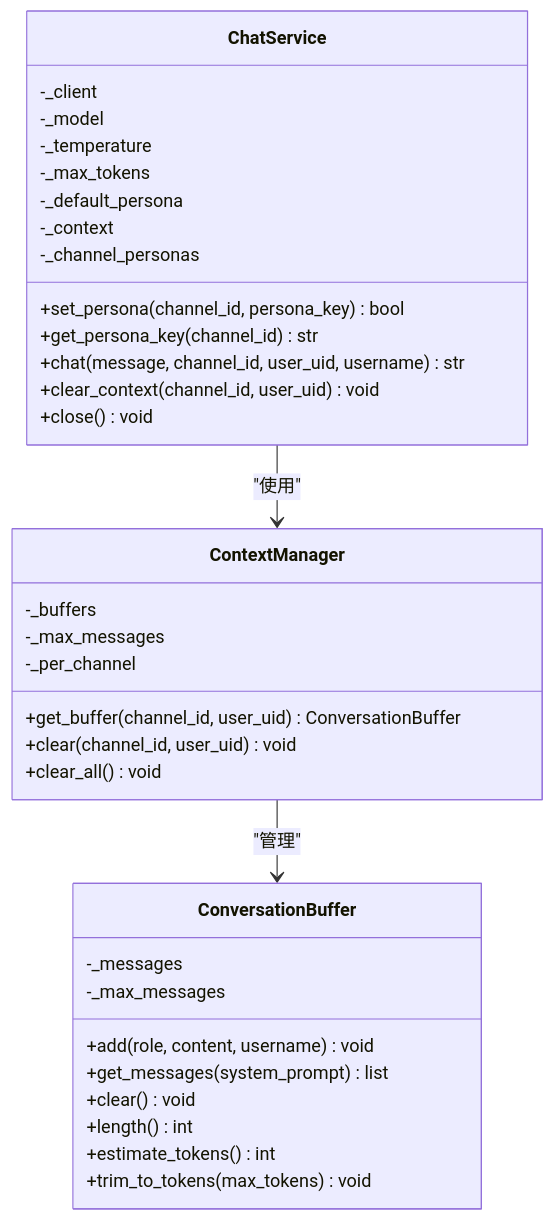
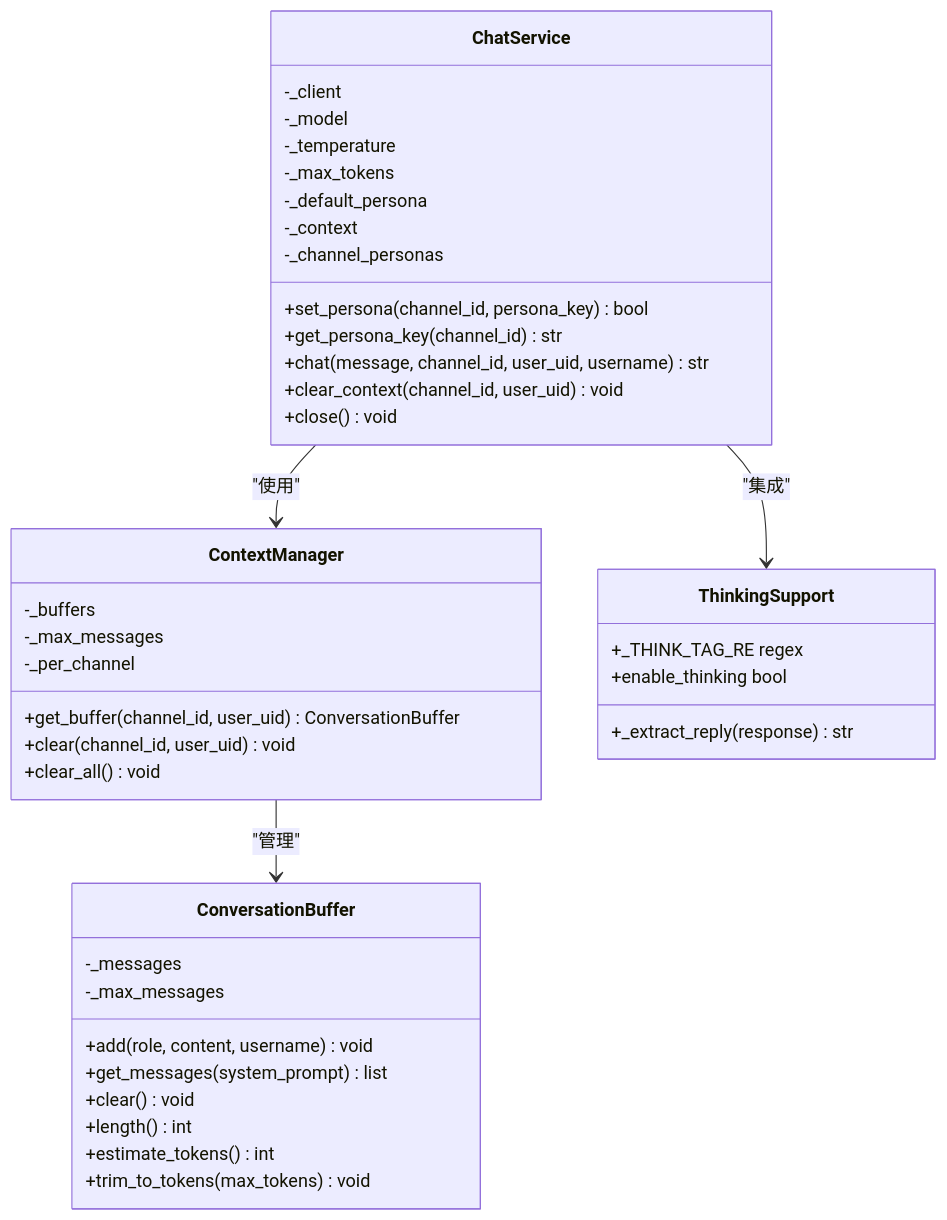
The third of 8 diagrams in .qoder/repowiki/zh/content/AI聊天服务/AI聊天服务.md (GhoulOwl/Teamspeak3_Bot), drawn with Mermaid before and after one commit. The commit also changed other lines of this file and 13 other files, not shown here.

````diff
--- a/.qoder/repowiki/zh/content/AI聊天服务/AI聊天服务.md
+++ b/.qoder/repowiki/zh/content/AI聊天服务/AI聊天服务.md
@@ -173,37 +188,43 @@
 ```mermaid
 classDiagram
 class ChatService {
 -_client
 -_model
 -_temperature
 -_max_tokens
 -_default_persona
 -_context
 -_channel_personas
 +set_persona(channel_id, persona_key) bool
 +get_persona_key(channel_id) str
 +chat(message, channel_id, user_uid, username) str
 +clear_context(channel_id, user_uid) void
 +close() void
 }
 class ContextManager {
 -_buffers
 -_max_messages
 -_per_channel
 +get_buffer(channel_id, user_uid) ConversationBuffer
 +clear(channel_id, user_uid) void
 +clear_all() void
 }
 class ConversationBuffer {
 -_messages
 -_max_messages
 +add(role, content, username) void
 +get_messages(system_prompt) list
 +clear() void
 +length() int
 +estimate_tokens() int
 +trim_to_tokens(max_tokens) void
 }
+class ThinkingSupport {
++_extract_reply(response) str
++_THINK_TAG_RE regex
++enable_thinking bool
+}
 ChatService --> ContextManager : "使用"
+ChatService --> ThinkingSupport : "集成"
 ContextManager --> ConversationBuffer : "管理"
 ```
````
